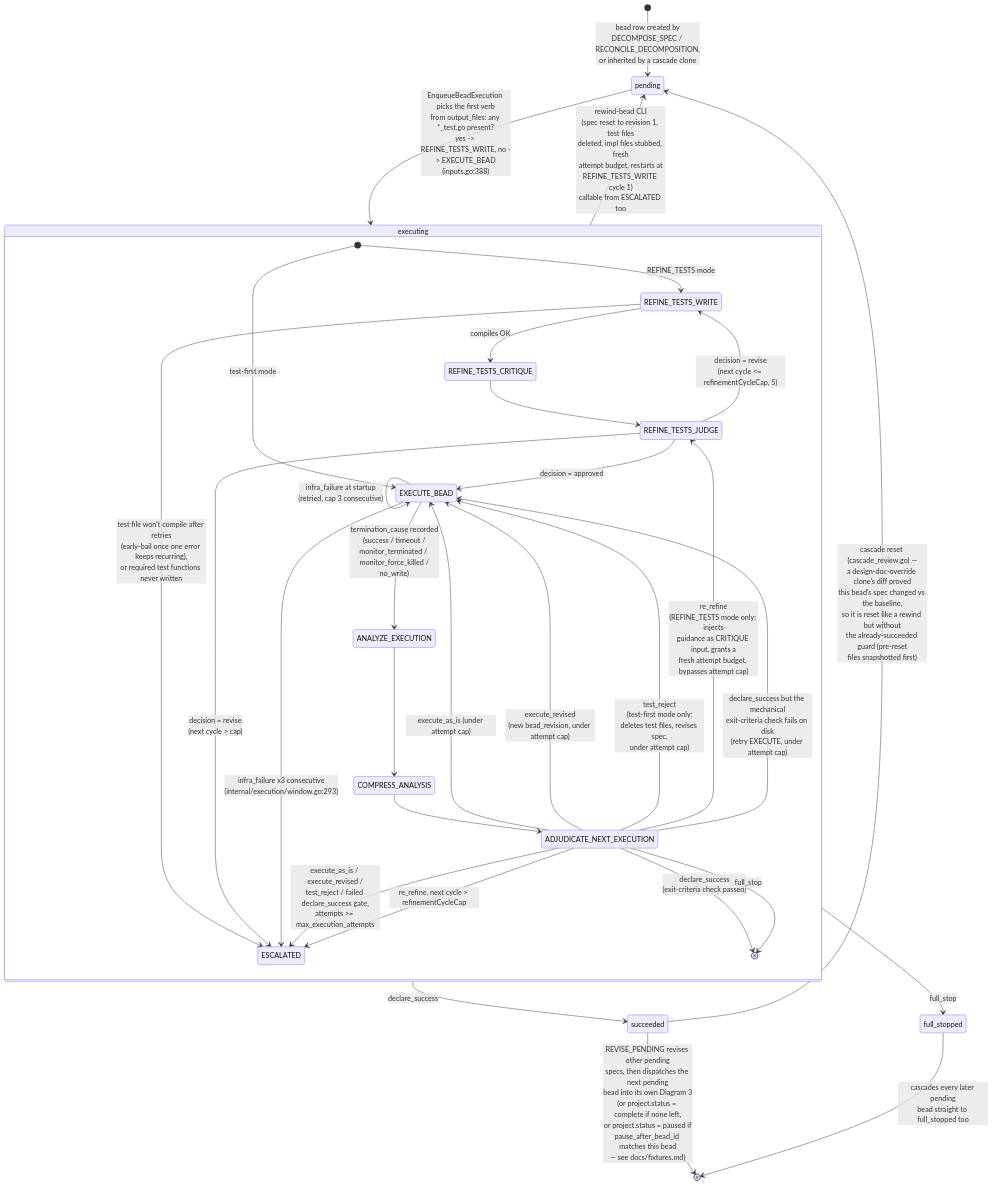
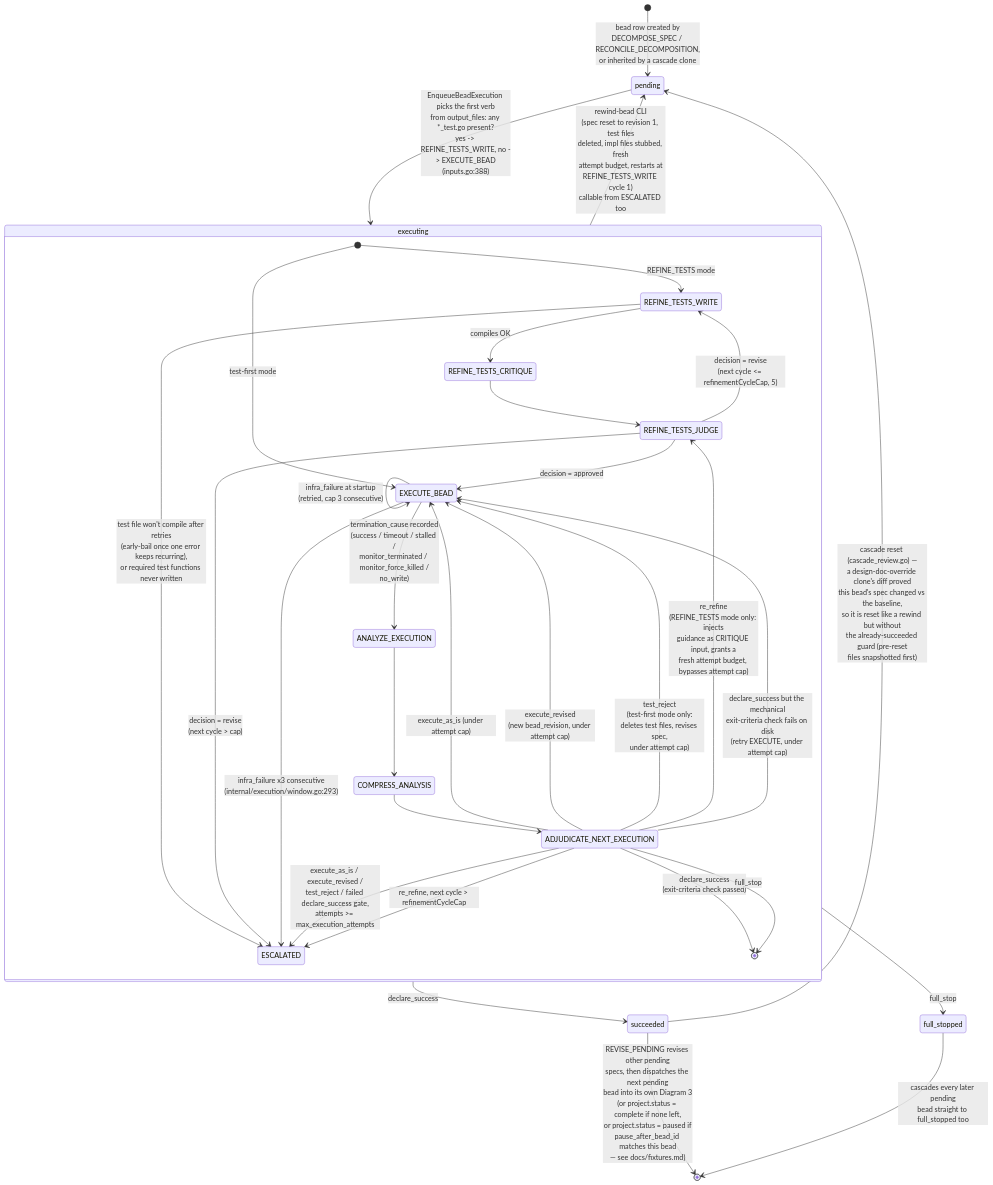
The third of 4 diagrams in docs/ratchet_state_machine.md (lehmann314159/ratchet), drawn with Mermaid before and after one commit. The commit also changed other lines of this file and 2 other files, not shown here.

First line of the commit message:
docs(state-machine): audit against post-burn-in EXECUTE changes; regenerate diagrams

````diff
--- a/docs/ratchet_state_machine.md
+++ b/docs/ratchet_state_machine.md
@@ -130,43 +133,43 @@
 ```mermaid
 stateDiagram-v2
     [*] --> pending : bead row created by<br/>DECOMPOSE_SPEC / RECONCILE_DECOMPOSITION,<br/>or inherited by a cascade clone
 
     pending --> executing : EnqueueBeadExecution picks the first verb<br/>from output_files: any *_test.go present?<br/>yes -> REFINE_TESTS_WRITE, no -> EXECUTE_BEAD<br/>(inputs.go:388)
 
     state executing {
         [*] --> REFINE_TESTS_WRITE : REFINE_TESTS mode
         [*] --> EXECUTE_BEAD : test-first mode
 
         REFINE_TESTS_WRITE --> REFINE_TESTS_CRITIQUE : compiles OK
         REFINE_TESTS_WRITE --> ESCALATED : test file won't compile after retries<br/>(early-bail once one error keeps recurring),<br/>or required test functions never written
         REFINE_TESTS_CRITIQUE --> REFINE_TESTS_JUDGE
         REFINE_TESTS_JUDGE --> EXECUTE_BEAD : decision = approved
         REFINE_TESTS_JUDGE --> REFINE_TESTS_WRITE : decision = revise<br/>(next cycle <= refinementCycleCap, 5)
         REFINE_TESTS_JUDGE --> ESCALATED : decision = revise<br/>(next cycle > cap)
 
         EXECUTE_BEAD --> EXECUTE_BEAD : infra_failure at startup<br/>(retried, cap 3 consecutive)
         EXECUTE_BEAD --> ESCALATED : infra_failure x3 consecutive<br/>(internal/execution/window.go:293)
-        EXECUTE_BEAD --> ANALYZE_EXECUTION : termination_cause recorded<br/>(success / timeout /<br/>monitor_terminated / monitor_force_killed /<br/>no_write)
+        EXECUTE_BEAD --> ANALYZE_EXECUTION : termination_cause recorded<br/>(success / timeout / stalled /<br/>monitor_terminated / monitor_force_killed /<br/>no_write)
 
         ANALYZE_EXECUTION --> COMPRESS_ANALYSIS
         COMPRESS_ANALYSIS --> ADJUDICATE_NEXT_EXECUTION
 
         ADJUDICATE_NEXT_EXECUTION --> EXECUTE_BEAD : execute_as_is (under attempt cap)
         ADJUDICATE_NEXT_EXECUTION --> EXECUTE_BEAD : execute_revised<br/>(new bead_revision, under attempt cap)
         ADJUDICATE_NEXT_EXECUTION --> EXECUTE_BEAD : test_reject<br/>(test-first mode only:<br/>deletes test files, revises spec,<br/>under attempt cap)
         ADJUDICATE_NEXT_EXECUTION --> REFINE_TESTS_JUDGE : re_refine<br/>(REFINE_TESTS mode only: injects<br/>guidance as CRITIQUE input, grants a<br/>fresh attempt budget, bypasses attempt cap)
         ADJUDICATE_NEXT_EXECUTION --> EXECUTE_BEAD : declare_success but the mechanical<br/>exit-criteria check fails on disk<br/>(retry EXECUTE, under attempt cap)
         ADJUDICATE_NEXT_EXECUTION --> ESCALATED : execute_as_is / execute_revised /<br/>test_reject / failed declare_success gate,<br/>attempts >= max_execution_attempts
         ADJUDICATE_NEXT_EXECUTION --> ESCALATED : re_refine, next cycle > refinementCycleCap
         ADJUDICATE_NEXT_EXECUTION --> [*] : declare_success<br/>(exit-criteria check passed)
         ADJUDICATE_NEXT_EXECUTION --> [*] : full_stop
     }
 
     executing --> succeeded : declare_success
     executing --> full_stopped : full_stop
     executing --> pending : rewind-bead CLI<br/>(spec reset to revision 1, test files<br/>deleted, impl files stubbed, fresh<br/>attempt budget, restarts at<br/>REFINE_TESTS_WRITE cycle 1)<br/>callable from ESCALATED too
     succeeded --> pending : cascade reset (cascade_review.go) —<br/>a design-doc-override clone's diff proved<br/>this bead's spec changed vs the baseline,<br/>so it is reset like a rewind but without<br/>the already-succeeded guard (pre-reset<br/>files snapshotted first)
 
     succeeded --> [*] : REVISE_PENDING revises other pending<br/>specs, then dispatches the next pending<br/>bead into its own Diagram 3<br/>(or project.status = complete if none left,<br/>or project.status = paused if<br/>pause_after_bead_id matches this bead<br/>— see docs/fixtures.md)
     full_stopped --> [*] : cascades every later pending<br/>bead straight to full_stopped too
 ```
````
